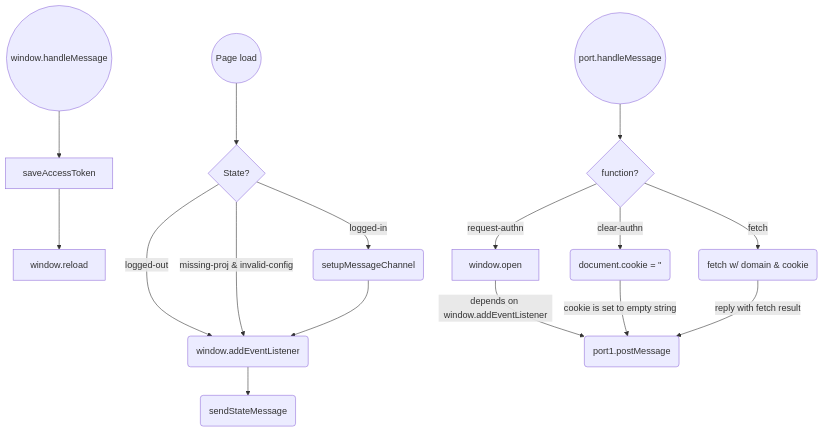
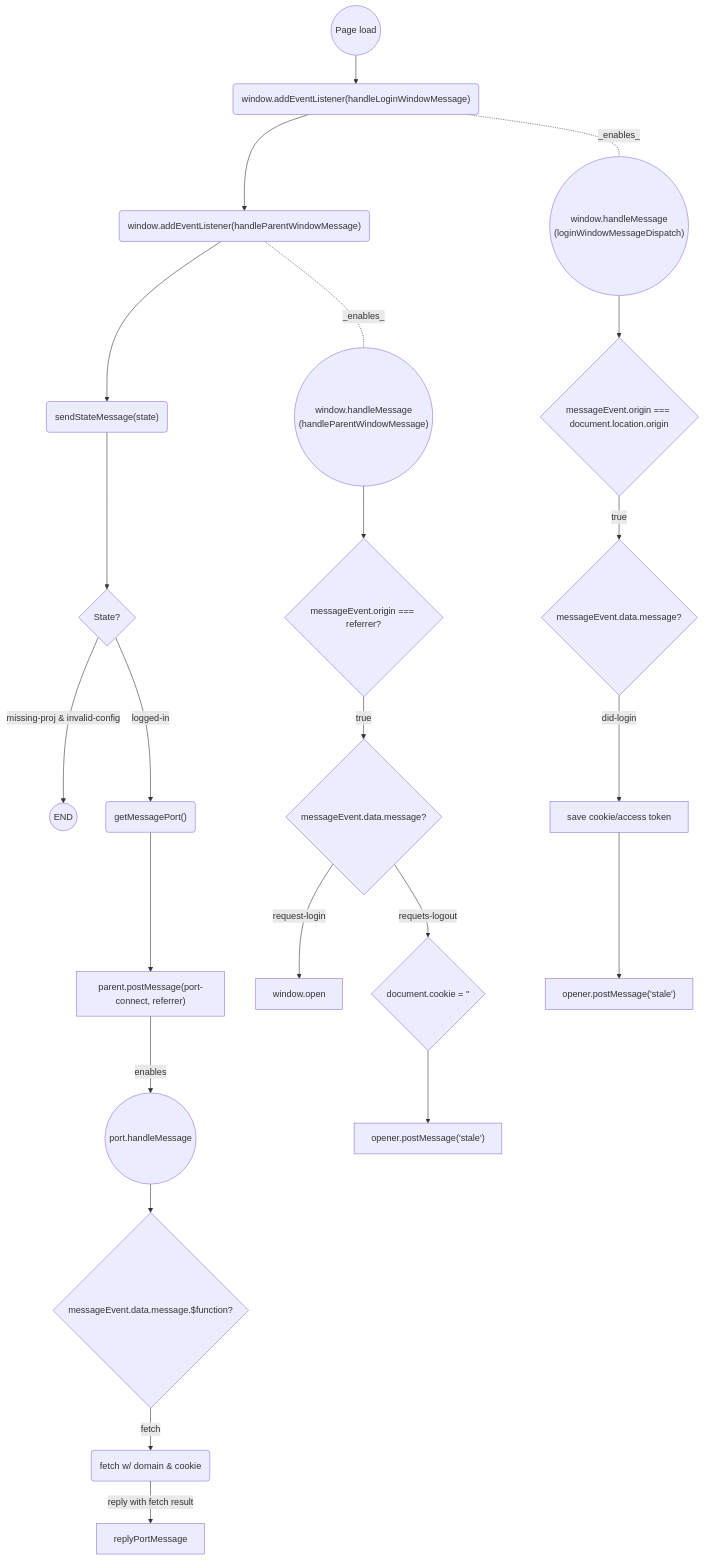
One commit to getsentry/sentry-toolbar changed the third of 4 diagrams in docs/diagrams.md. Above: the diagram before and after it, drawn with Mermaid.

````diff
--- a/docs/diagrams.md
+++ b/docs/diagrams.md
@@ -74,16 +74,30 @@
 ```mermaid
 flowchart TB
-    pageLoad((Page load)) --> checkState{State?}
-    checkState -- logged-out --> listen
-    checkState -- missing-proj & invalid-config --> listen
-    checkState -- logged-in --> port(setupMessageChannel) --> listen
-    listen(window.addEventListener) --> sendState(sendStateMessage)
+    pageLoad(("Page load")) --> listenLogin("window.addEventListener(handleLoginWindowMessage)")
+    listenLogin --> listenParent("window.addEventListener(handleParentWindowMessage)")
+    listenParent --> sendState("sendStateMessage(state)")
+    
+    sendState --> checkState{"State?"}
+    checkState -- "missing-proj & invalid-config" --> wait(("END"))
+    checkState -- "logged-in" --> getPort("getMessagePort()")
+    getPort --> parentPost["parent.postMessage(port-connect, referrer)"]
 
-    window.handleMessage((window.handleMessage)) --> saveAccessToken --> window.reload
+    listenLogin -. _enables_ .- window.handleLogin(("window.handleMessage<br/>(loginWindowMessageDispatch)"))
+    window.handleLogin --> originIsSame{"messageEvent.origin === document.location.origin"}
+    originIsSame -- true --> checkLoginMessage{"messageEvent.data.message?"}
+    checkLoginMessage -- "did-login" --> saveAccessToken["save cookie/access token"]
+    saveAccessToken --> opener.postMessage1["opener.postMessage('stale')"]
 
-    port.handleMessage((port.handleMessage)) --> checkPortMessage{function?}
-    checkPortMessage -- request-authn --> window.open --depends on window.addEventListener--> replyPortMessage
-    checkPortMessage -- clear-authn --> clearCookie(document.cookie = '') --cookie is set to empty string--> replyPortMessage
-    checkPortMessage -- fetch --> fetch(fetch w/ domain & cookie) --reply with fetch result--> replyPortMessage
-    replyPortMessage(port1.postMessage)
+    listenParent -. _enables_ .- window.handleParent(("window.handleMessage<br/>(handleParentWindowMessage)"))
+    window.handleParent --> originIsReferrer{"messageEvent.origin === referrer?"}
+    originIsReferrer -- true --> checkParentMessage{"messageEvent.data.message?"}
+    checkParentMessage -- "request-login" --> window.open["window.open"]    
+    checkParentMessage -- "requets-logout" --> clearCookie{"document.cookie = ''"}
+    clearCookie --> opener.postMessage2["opener.postMessage('stale')"]
+    
+    parentPost -- enables --> port.handleMessage(("port.handleMessage"))
+    port.handleMessage --> checkPortMessage{"messageEvent.data.message.$function?"}
+    checkPortMessage -- fetch --> fetch("fetch w/ domain & cookie")
+    fetch -- reply with fetch result --> replyPortMessage
+
 ```
````
